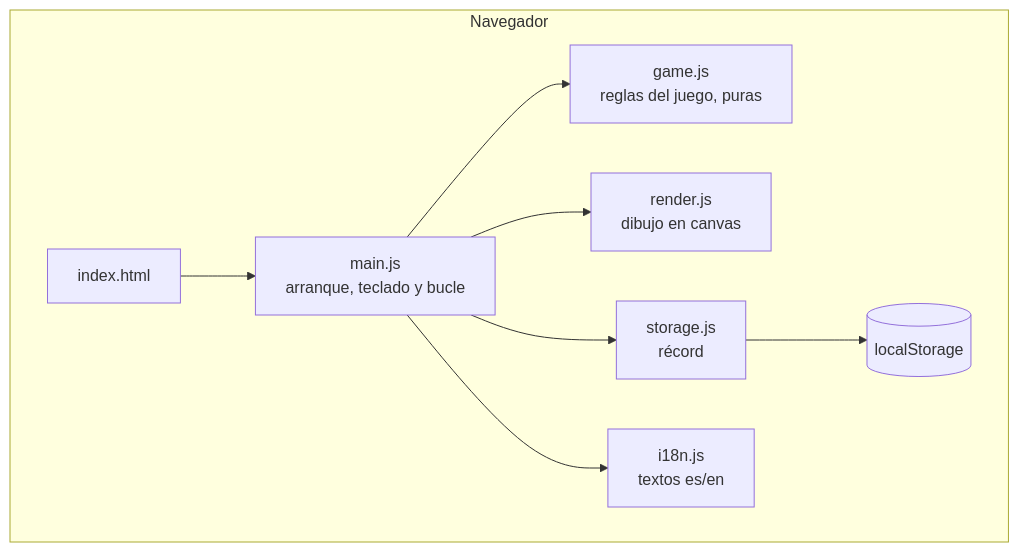
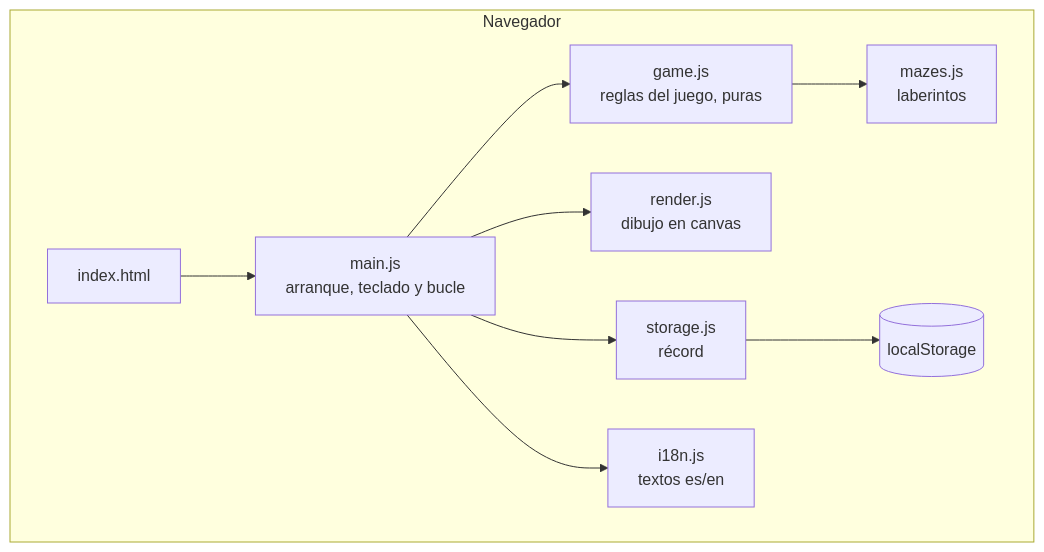
One commit to brayandiazc/snake-app changed the first of 2 diagrams in docs/architecture/architecture.md. Above: the diagram before and after it, drawn with Mermaid. The commit also changed other lines of this file and 18 other files, not shown here.

````diff
--- a/docs/architecture/architecture.md
+++ b/docs/architecture/architecture.md
@@ -15,11 +15,12 @@
 ```mermaid
 graph TD
     subgraph Navegador
         H[index.html] --> M[main.js<br/>arranque, teclado y bucle]
         M --> G[game.js<br/>reglas del juego, puras]
         M --> R[render.js<br/>dibujo en canvas]
         M --> S[storage.js<br/>récord]
         M --> I[i18n.js<br/>textos es/en]
+        G --> Z[mazes.js<br/>laberintos]
         S --> L[(localStorage)]
     end
 ```
````
